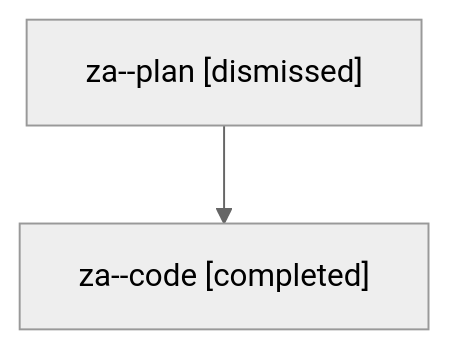
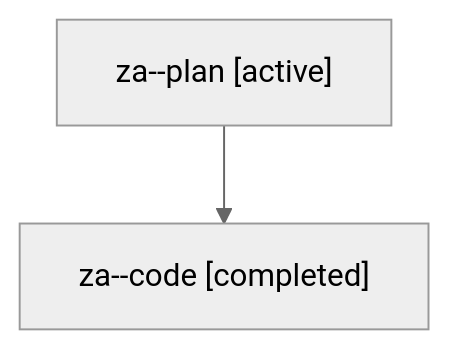
Before and after one commit to sase-org/sase--agents: the diagram in families/bbugyi200.athena.za.md, drawn with Mermaid (neutral theme). The commit also changed other lines of this file and 35830 other files, not shown here.

````diff
--- a/families/bbugyi200.athena.za.md
+++ b/families/bbugyi200.athena.za.md
@@ -9,6 +9,6 @@
 ```mermaid
 flowchart TD
-  n0["za--plan [dismissed]"]
+  n0["za--plan [active]"]
   n1["za--code [completed]"]
   n0 --> n1
 ```
````
